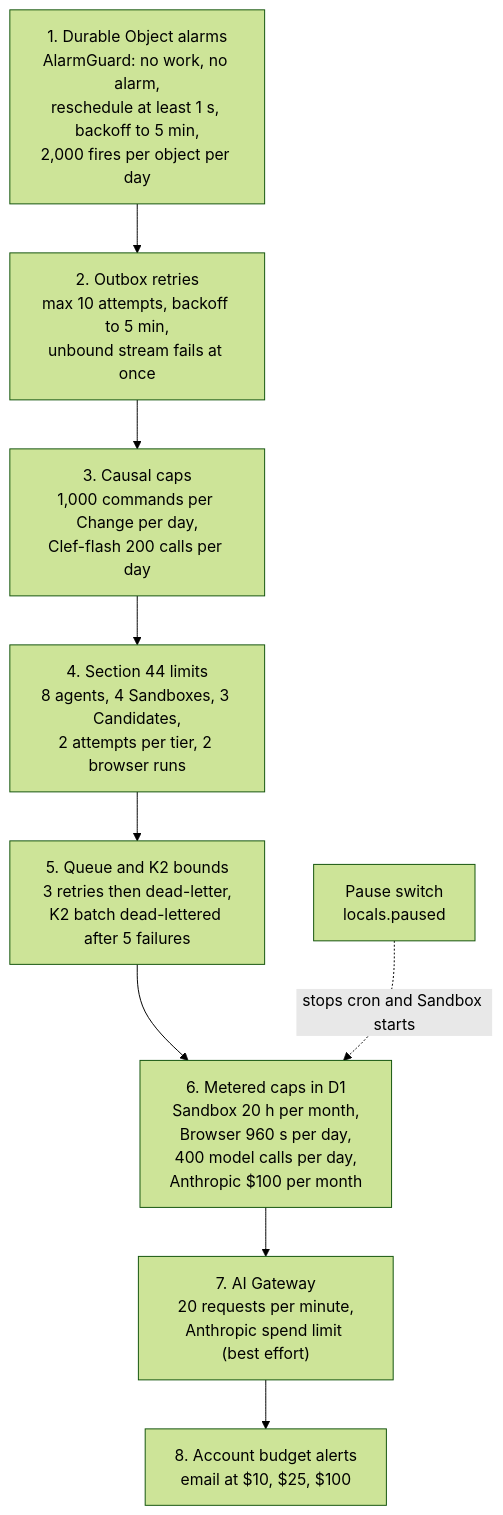
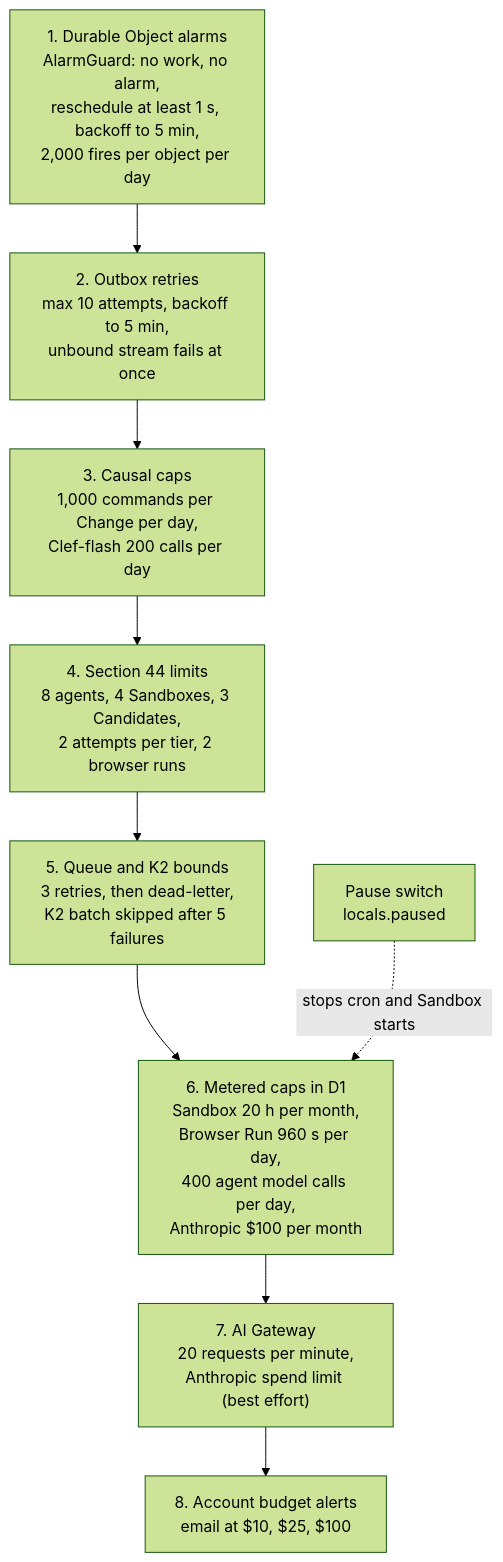
The fifth of 6 diagrams in docs/architecture/infrastructure-and-cost.md (nsudhanva/rhumbatron), drawn with Mermaid (forest theme) before and after one commit. The commit also changed other lines of this file and 47 other files, not shown here.

````diff
--- a/docs/architecture/infrastructure-and-cost.md
+++ b/docs/architecture/infrastructure-and-cost.md
@@ -127,14 +137,14 @@
 ```mermaid
 flowchart TB
   L1["1. Durable Object alarms<br/>AlarmGuard: no work, no alarm,<br/>reschedule at least 1 s, backoff to 5 min,<br/>2,000 fires per object per day"]
   L2["2. Outbox retries<br/>max 10 attempts, backoff to 5 min,<br/>unbound stream fails at once"]
   L3["3. Causal caps<br/>1,000 commands per Change per day,<br/>Clef-flash 200 calls per day"]
   L4["4. Section 44 limits<br/>8 agents, 4 Sandboxes, 3 Candidates,<br/>2 attempts per tier, 2 browser runs"]
-  L5["5. Queue and K2 bounds<br/>3 retries then dead-letter,<br/>K2 batch dead-lettered after 5 failures"]
-  L6["6. Metered caps in D1<br/>Sandbox 20 h per month,<br/>Browser 960 s per day,<br/>400 model calls per day,<br/>Anthropic $100 per month"]
+  L5["5. Queue and K2 bounds<br/>3 retries, then dead-letter,<br/>K2 batch skipped after 5 failures"]
+  L6["6. Metered caps in D1<br/>Sandbox 20 h per month,<br/>Browser Run 960 s per day,<br/>400 agent model calls per day,<br/>Anthropic $100 per month"]
   L7["7. AI Gateway<br/>20 requests per minute,<br/>Anthropic spend limit (best effort)"]
   L8["8. Account budget alerts<br/>email at $10, $25, $100"]
   L9["Pause switch<br/>locals.paused"]
   L1 --> L2 --> L3 --> L4 --> L5 --> L6 --> L7 --> L8
   L9 -.->|"stops cron and Sandbox starts"| L6
 ```
````
